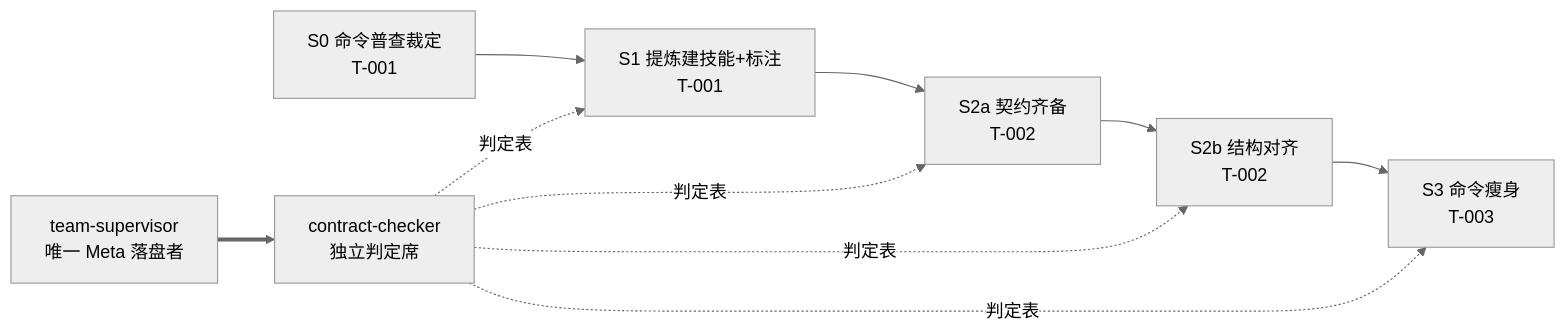
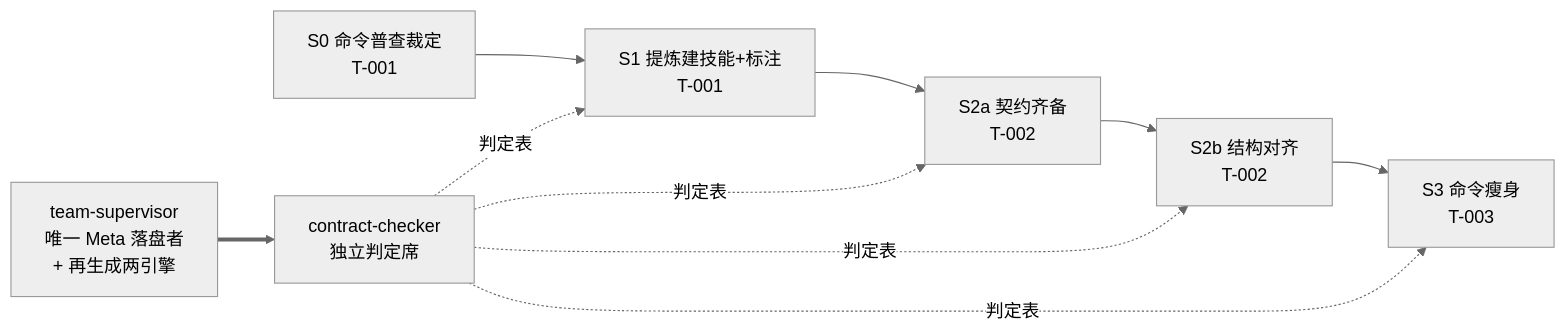
One commit to cloud-native-ai/spec-kit changed the diagram in .specify/teams/command-logic-as-classified-skills/team.md. Above: the diagram before and after it, drawn with Mermaid (neutral theme). The commit also changed other lines of this file and 9 other files, not shown here.

````diff
--- a/.specify/teams/command-logic-as-classified-skills/team.md
+++ b/.specify/teams/command-logic-as-classified-skills/team.md
@@ -200,12 +229,12 @@
 ```mermaid
 flowchart LR
   S0[S0 命令普查裁定<br/>T-001] --> S1[S1 提炼建技能+标注<br/>T-001]
   S1 --> S2a[S2a 契约齐备<br/>T-002]
   S2a --> S2b[S2b 结构对齐<br/>T-002]
   S2b --> S3[S3 命令瘦身<br/>T-003]
   CC[contract-checker<br/>独立判定席] -.判定表.-> S1
   CC -.判定表.-> S2a
   CC -.判定表.-> S2b
   CC -.判定表.-> S3
-  TS[team-supervisor<br/>唯一 Meta 落盘者] ==> CC
+  TS[team-supervisor<br/>唯一 Meta 落盘者<br/>+ 再生成两引擎] ==> CC
 ```
````
